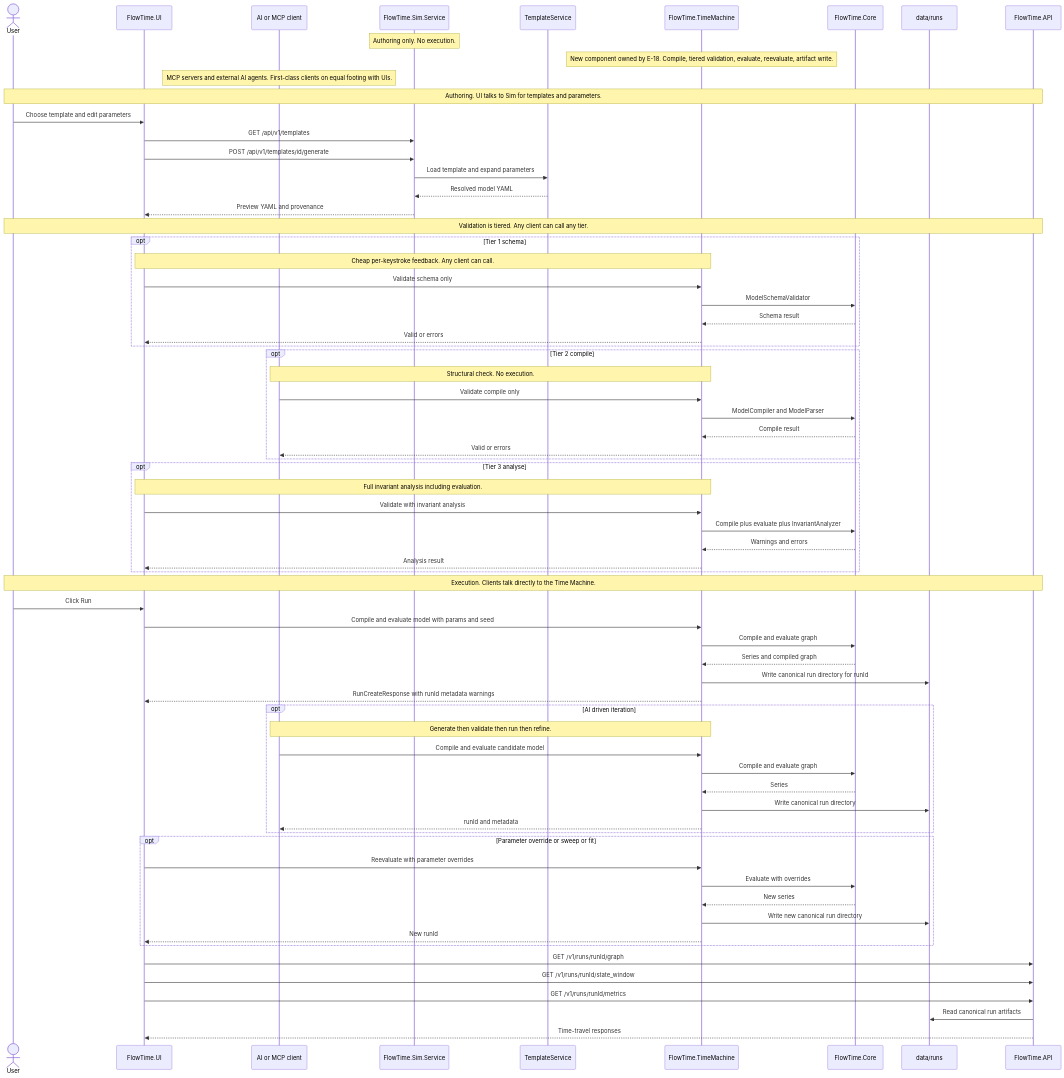
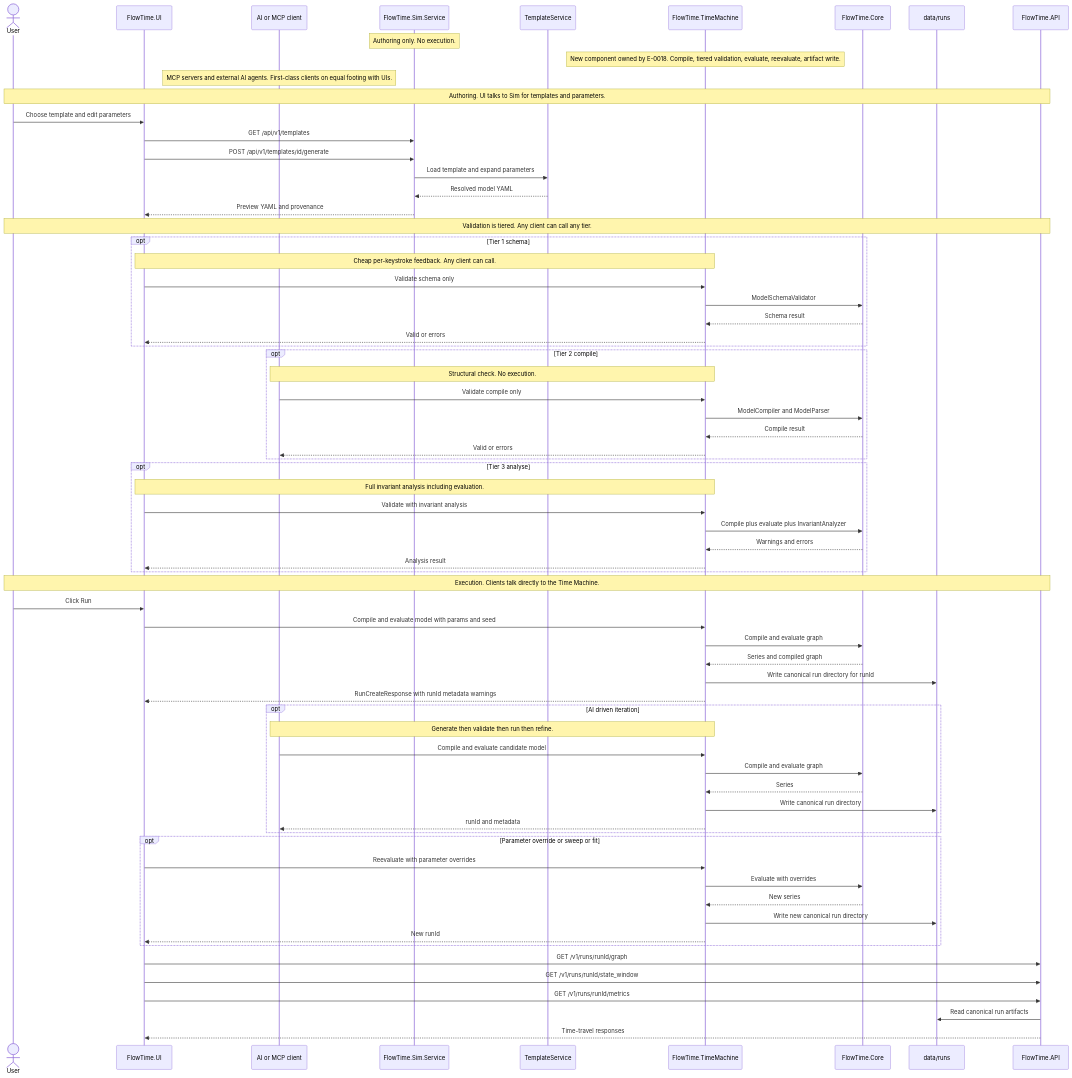
The third of 3 diagrams in work/epics/E-0019-surface-alignment-compatibility-cleanup/M-0024-supported-surface-inventory-boundary-adr-exit-criteria.md (23min/FlowTime), drawn with Mermaid before and after one commit. The commit also changed other lines of this file and 99 other files, not shown here.

```diff
--- a/work/epics/E-0019-surface-alignment-compatibility-cleanup/M-0024-supported-surface-inventory-boundary-adr-exit-criteria.md
+++ b/work/epics/E-0019-surface-alignment-compatibility-cleanup/M-0024-supported-surface-inventory-boundary-adr-exit-criteria.md
@@ -362,7 +362,7 @@
     participant API as FlowTime.API
 
     Note over Sim: Authoring only. No execution.
-    Note over TM: New component owned by E-18. Compile, tiered validation, evaluate, reevaluate, artifact write.
+    Note over TM: New component owned by E-0018. Compile, tiered validation, evaluate, reevaluate, artifact write.
     Note over Agent: MCP servers and external AI agents. First-class clients on equal footing with UIs.
 
     Note over User,API: Authoring. UI talks to Sim for templates and parameters.
```
